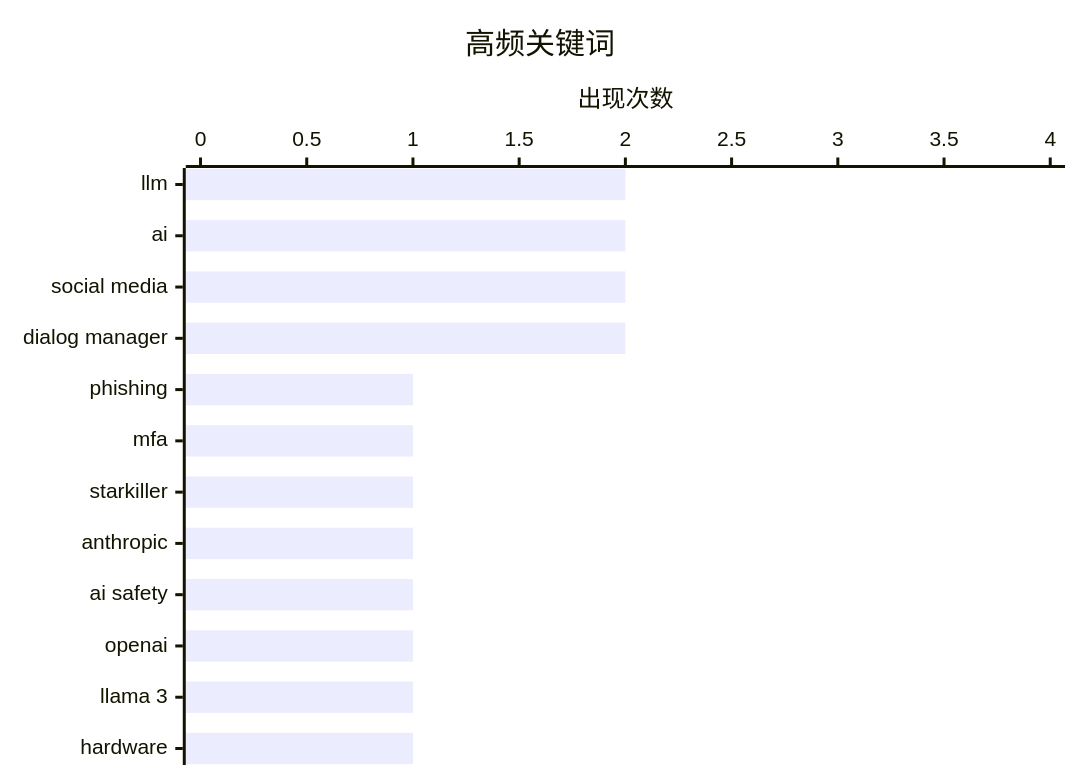
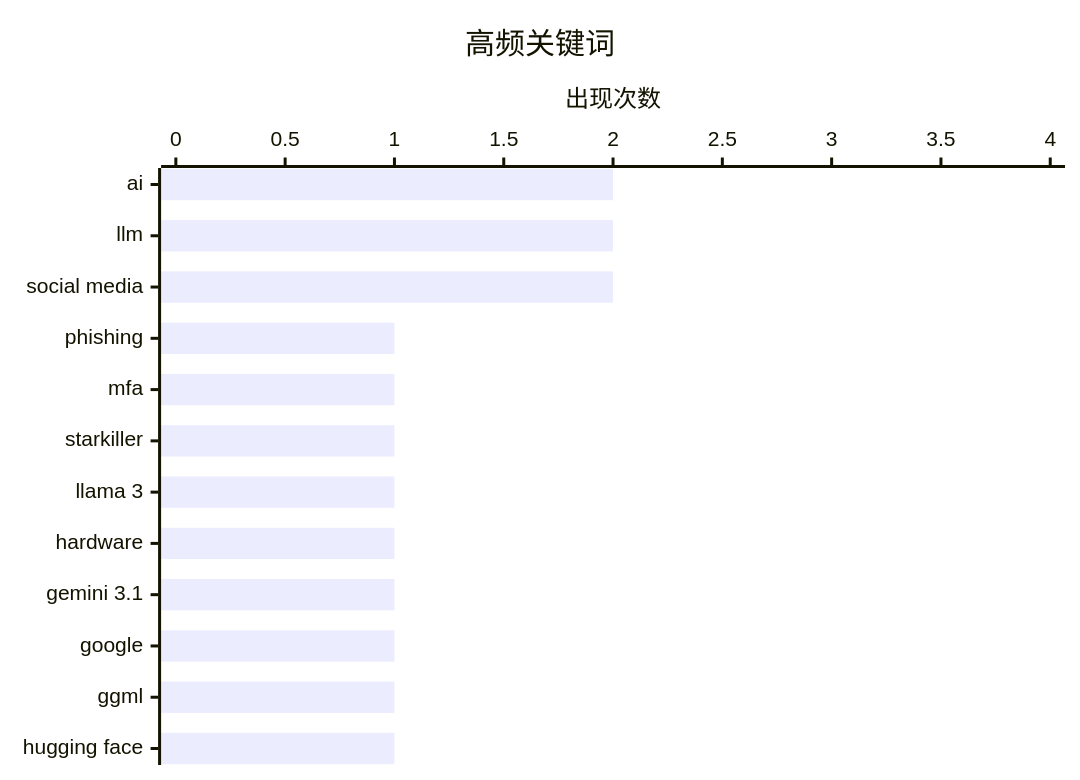
The second of 2 diagrams in public/data/digest-latest.md (Yeadon8888/digest-news-viewer), drawn with Mermaid before and after one commit. The commit also changed other lines of this file, not shown here.

````diff
--- a/public/data/digest-latest.md
+++ b/public/data/digest-latest.md
@@ -66,7 +66,7 @@
 ```mermaid
 xychart-beta horizontal
     title "高频关键词"
-    x-axis ["llm", "ai", "social media", "dialog manager", "phishing", "mfa", "starkiller", "anthropic", "ai safety", "openai", "llama 3", "hardware"]
+    x-axis ["ai", "llm", "social media", "phishing", "mfa", "starkiller", "llama 3", "hardware", "gemini 3.1", "google", "ggml", "hugging face"]
     y-axis "出现次数" 0 --> 4
-    bar [2, 2, 2, 2, 1, 1, 1, 1, 1, 1, 1, 1]
+    bar [2, 2, 2, 1, 1, 1, 1, 1, 1, 1, 1, 1]
 ```
````
